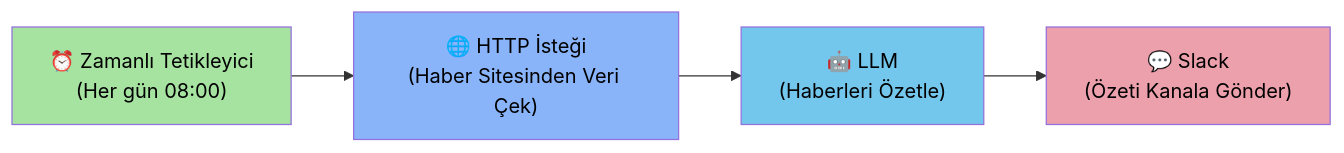
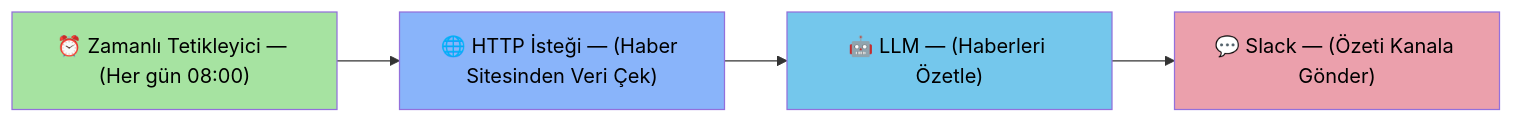
One commit to ahmetsarikaya0696/SonOfAnton changed the second of 6 diagrams in docs/KULLANIM REHBERİ.md. Above: the diagram before and after it, drawn with Mermaid. The commit also changed other lines of this file and 6 other files, not shown here.

````diff
--- a/docs/KULLANIM REHBERİ.md
+++ b/docs/KULLANIM REHBERİ.md
@@ -350,11 +356,11 @@
 ```mermaid
 graph LR
-    A["⏰ Zamanlı Tetikleyici<br/>(Her gün 08:00)"] --> B["🌐 HTTP İsteği<br/>(Haber Sitesinden Veri Çek)"]
-    B --> C["🤖 LLM<br/>(Haberleri Özetle)"]
-    C --> D["💬 Slack<br/>(Özeti Kanala Gönder)"]
+    A["⏰ Zamanlı Tetikleyici — (Her gün 08:00)"] --> B["🌐 HTTP İsteği — (Haber Sitesinden Veri Çek)"]
+    B --> C["🤖 LLM — (Haberleri Özetle)"]
+    C --> D["💬 Slack — (Özeti Kanala Gönder)"]
 
     style A fill:#a6e3a1,color:#000
     style B fill:#89b4fa,color:#000
     style C fill:#74c7ec,color:#000
     style D fill:#eba0ac,color:#000
 ```
````
